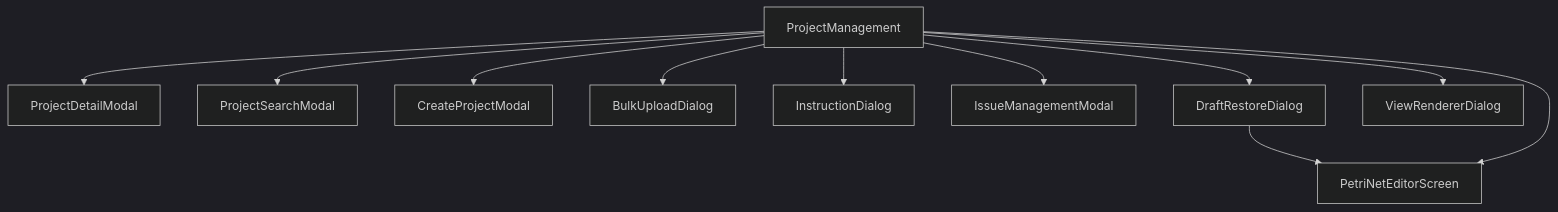
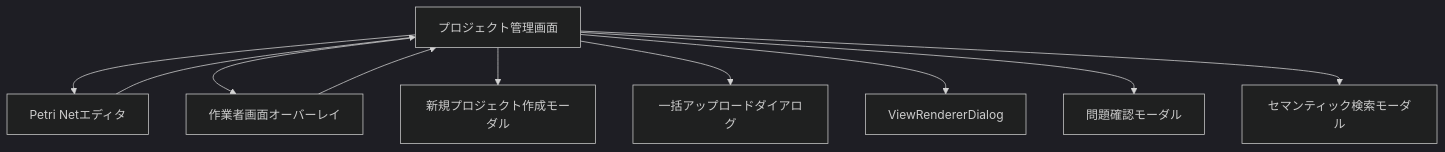
Before and after one commit to HisashiShimada/AlcheMia_Prod_PH2: the diagram in docs/design/ui/experiment_admin/01_project_management/ui_project_management.md, drawn with Mermaid (dark theme). The commit also changed other lines of this file and 65 other files, not shown here.

````diff
--- a/docs/design/ui/experiment_admin/01_project_management/ui_project_management.md
+++ b/docs/design/ui/experiment_admin/01_project_management/ui_project_management.md
@@ -94,13 +111,12 @@
 ```mermaid
 graph TD
-    A[ProjectManagement] --> B[ProjectDetailModal]
-    A --> C[ProjectSearchModal]
-    A --> D[CreateProjectModal]
-    A --> E[BulkUploadDialog]
-    A --> F[InstructionDialog]
-    A --> G[IssueManagementModal]
-    A --> H[DraftRestoreDialog]
-    A --> I[ViewRendererDialog]
-    H --> J[PetriNetEditorScreen]
-    A --> J
+    A[プロジェクト管理画面] --> B[Petri Netエディタ]
+    A --> C[作業者画面オーバーレイ]
+    A --> D[新規プロジェクト作成モーダル]
+    A --> E[一括アップロードダイアログ]
+    A --> F[ViewRendererDialog]
+    A --> G[問題確認モーダル]
+    A --> H[セマンティック検索モーダル]
+    B --> A
+    C --> A
 ```
````
